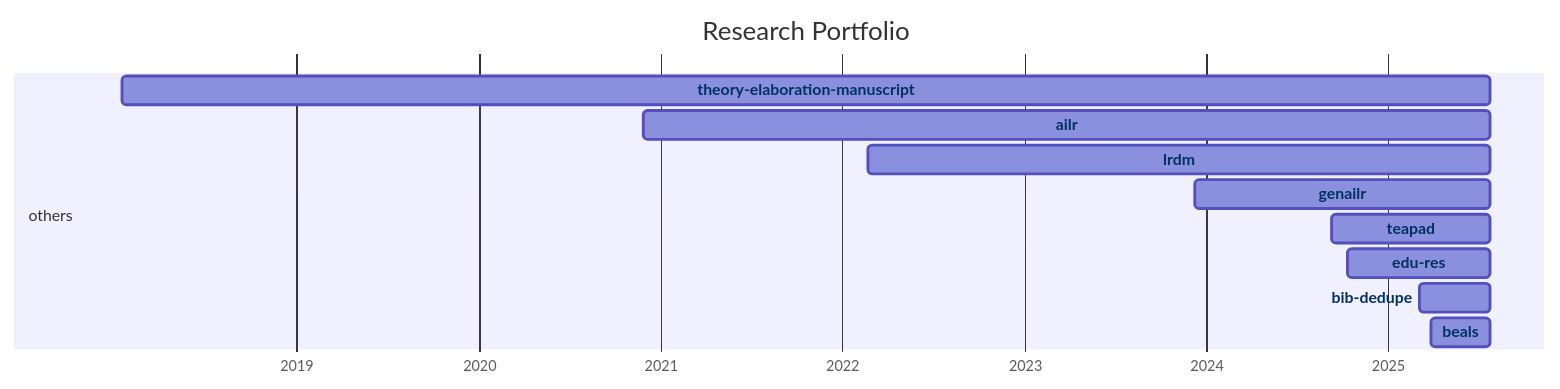
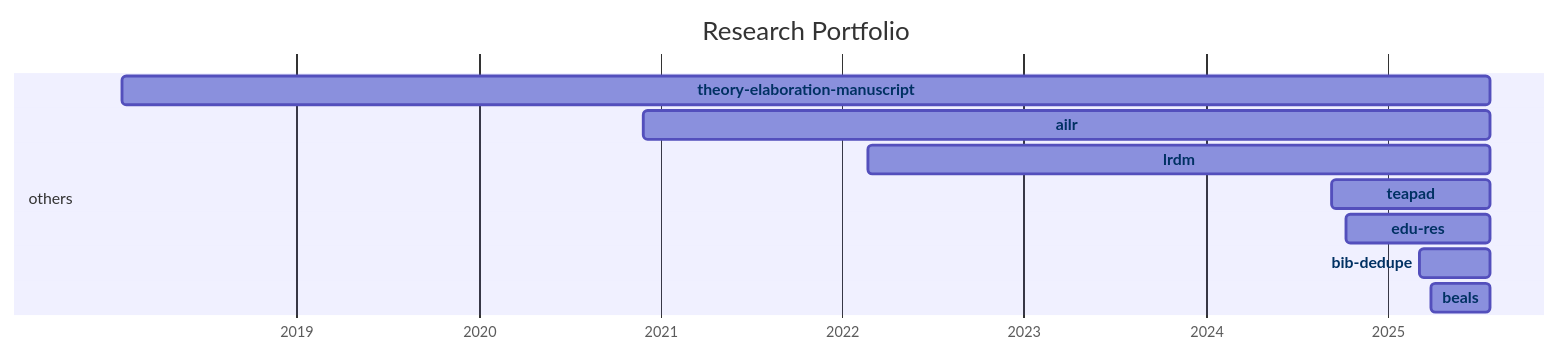
One commit to digital-work-lab/handbook changed the diagram in docs/20-research/25-projects-gantt.md. Above: the diagram before and after it, drawn with Mermaid. The commit also changed 1 other file, not shown here.

Commit message:
Update repository overview

````diff
--- a/docs/20-research/25-projects-gantt.md
+++ b/docs/20-research/25-projects-gantt.md
@@ -8,35 +8,33 @@
 ```mermaid
 ---
 displayMode: compact
 ---
 gantt
 title Research Portfolio
 dateFormat YYYY-MM-DD
 axisFormat %Y
 
     section work_practices
 
     section distributed_organizing
 
     section knowledge_synthesis
 
     section others
-        beals :beals, 2025-03-28, 2025-07-24
-        bib-dedupe :bib-dedupe, 2025-03-04, 2025-07-24
-        edu-res :edu-res, 2024-10-10, 2025-07-24
-        teapad :teapad, 2024-09-10, 2025-07-24
-        genailr :genailr, 2023-12-10, 2025-07-24
-        lrdm :lrdm, 2022-02-20, 2025-07-24
-        ailr :ailr, 2020-11-26, 2025-07-24
-        theory-elaboration-manuscript :theory-elaboration-manuscript, 2018-01-15, 2025-07-24
+        beals :beals, 2025-03-28, 2025-07-25
+        bib-dedupe :bib-dedupe, 2025-03-04, 2025-07-25
+        edu-res :edu-res, 2024-10-10, 2025-07-25
+        teapad :teapad, 2024-09-10, 2025-07-25
+        lrdm :lrdm, 2022-02-20, 2025-07-25
+        ailr :ailr, 2020-11-26, 2025-07-25
+        theory-elaboration-manuscript :theory-elaboration-manuscript, 2018-01-15, 2025-07-25
 
 
     click beals href "{{ site.baseurl }}/docs/10-lab/18-resources/beals.html"
     click bib-dedupe href "{{ site.baseurl }}/docs/10-lab/18-resources/bib-dedupe.html"
     click edu-res href "{{ site.baseurl }}/docs/10-lab/18-resources/edu-res.html"
     click teapad href "{{ site.baseurl }}/docs/10-lab/18-resources/teapad.html"
-    click genailr href "{{ site.baseurl }}/docs/10-lab/18-resources/genailr.html"
     click lrdm href "{{ site.baseurl }}/docs/10-lab/18-resources/lrdm.html"
     click ailr href "{{ site.baseurl }}/docs/10-lab/18-resources/ailr.html"
     click theory-elaboration-manuscript href "{{ site.baseurl }}/docs/10-lab/18-resources/theory-elaboration-manuscript.html"
 ```
````
